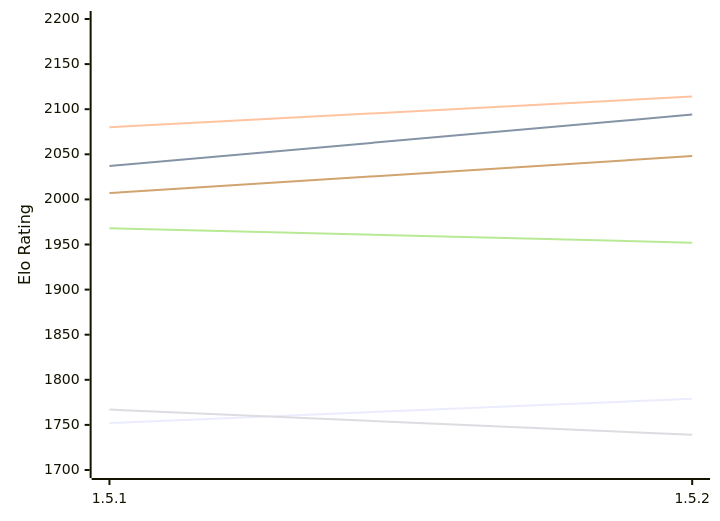
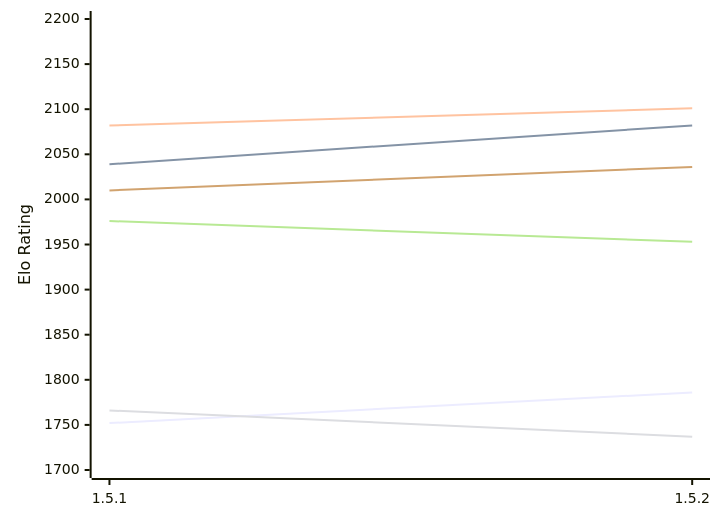
The diagram in engines/Jace.md (computer-chess-index/cci), drawn with Mermaid before and after one commit. The commit also changed other lines of this file, not shown here.

Commit message:
Update CCI Ratings (ELO VLTC) - 2026-11-20

````diff
--- a/engines/Jace.md
+++ b/engines/Jace.md
@@ -49,12 +49,12 @@
 ```mermaid
 %%{init: {"theme":"base","themeVariables":{"seriesColors:['#a3a3a3','#222221','#faa371']}}}%%
 xychart-beta
   x-axis ["1.5.1", "1.5.2"]
   y-axis "Elo Rating" 1700 --> 2200
-  line "E1: STC (8.0+0.08s)" [1752, 1779]
-  line "E1: LTC (60.0+0.60s)" [2037, 2094]
-  line "E1: VLTC (2m24s+1.12s)" [2080, 2114]
-  line "P1: STC (8.0+0.08s)" [1767, 1739]
-  line "P1: LTC (60.0+0.60s)" [1968, 1952]
-  line "P1: VLTC (2m24s+1.12s)" [2007, 2048]
+  line "E1: STC (8.0+0.08s)" [1752, 1786]
+  line "E1: LTC (60.0+0.60s)" [2039, 2082]
+  line "E1: VLTC (2m24s+1.12s)" [2082, 2101]
+  line "P1: STC (8.0+0.08s)" [1766, 1737]
+  line "P1: LTC (60.0+0.60s)" [1976, 1953]
+  line "P1: VLTC (2m24s+1.12s)" [2010, 2036]
 ```
````
